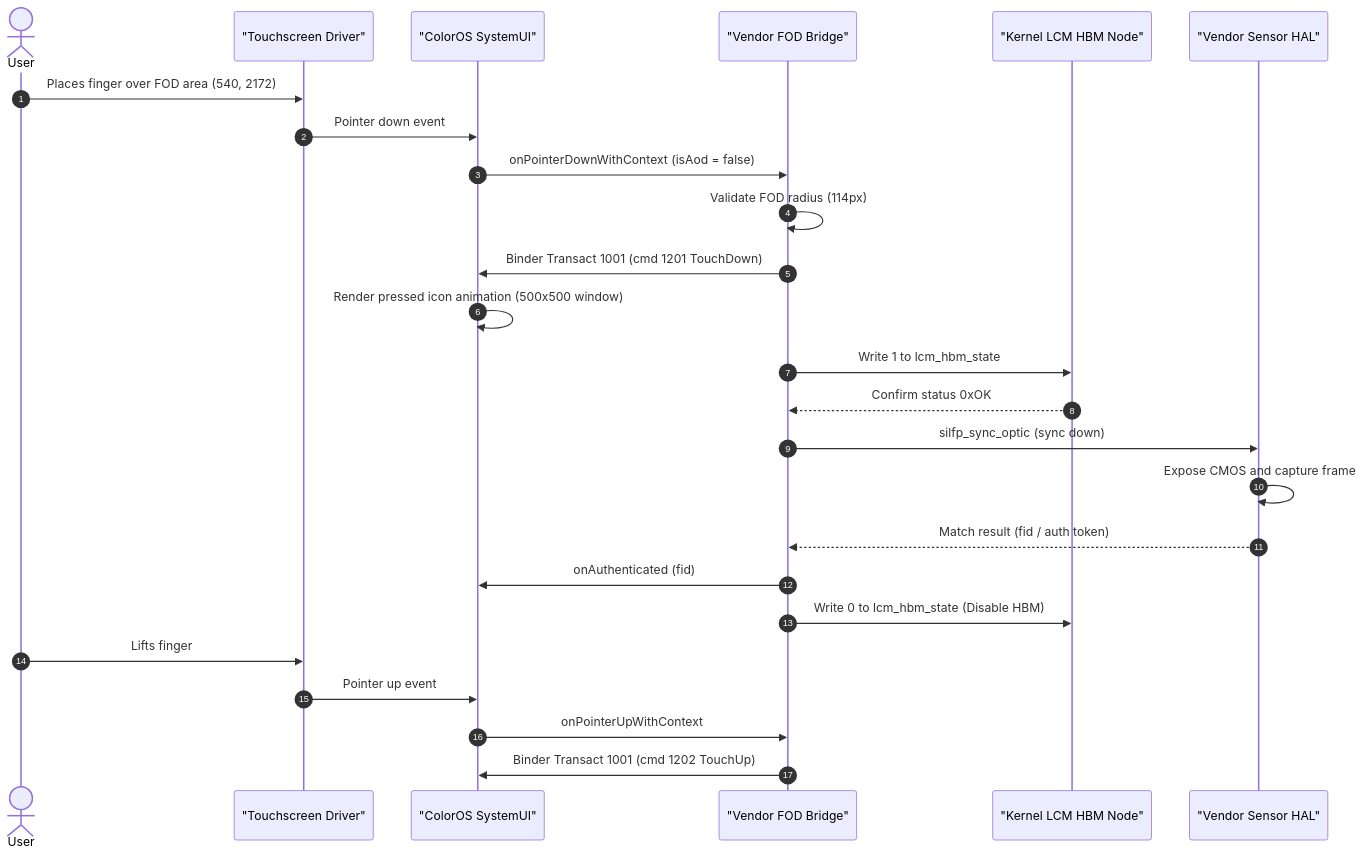
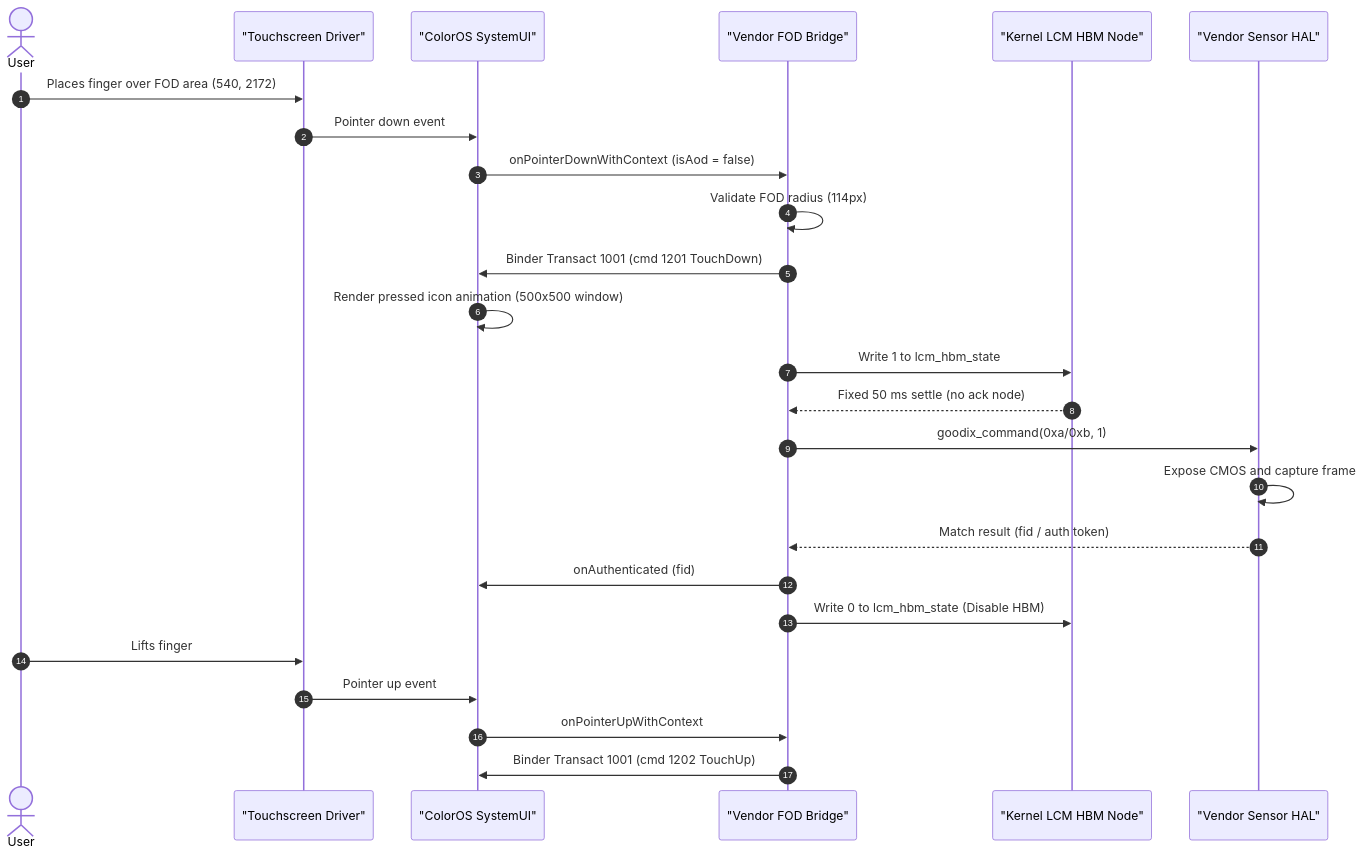
Before and after one commit to usermahiro/Oplus-UDFPS-Bridge-Transsion: the second of 4 diagrams in README.md, drawn with Mermaid. The commit also changed other lines of this file and 37 other files, not shown here.

````diff
--- a/README.md
+++ b/README.md
@@ -95,28 +95,28 @@
 ```mermaid
 sequenceDiagram
     autonumber
     actor User as User
     participant TP as "Touchscreen Driver"
     participant UI as "ColorOS SystemUI"
     participant Bridge as "Vendor FOD Bridge"
     participant HBM as "Kernel LCM HBM Node"
     participant Sensor as "Vendor Sensor HAL"
 
     User->>TP: Places finger over FOD area (540, 2172)
     TP->>UI: Pointer down event
     UI->>Bridge: onPointerDownWithContext (isAod = false)
     Bridge->>Bridge: Validate FOD radius (114px)
     Bridge->>UI: Binder Transact 1001 (cmd 1201 TouchDown)
     UI->>UI: Render pressed icon animation (500x500 window)
     Bridge->>HBM: Write 1 to lcm_hbm_state
-    HBM-->>Bridge: Confirm status 0xOK
-    Bridge->>Sensor: silfp_sync_optic (sync down)
+    HBM-->>Bridge: Fixed 50 ms settle (no ack node)
+    Bridge->>Sensor: goodix_command(0xa/0xb, 1)
     Sensor->>Sensor: Expose CMOS and capture frame
     Sensor-->>Bridge: Match result (fid / auth token)
     Bridge->>UI: onAuthenticated (fid)
     Bridge->>HBM: Write 0 to lcm_hbm_state (Disable HBM)
     User->>TP: Lifts finger
     TP->>UI: Pointer up event
     UI->>Bridge: onPointerUpWithContext
     Bridge->>UI: Binder Transact 1001 (cmd 1202 TouchUp)
 ```
````
